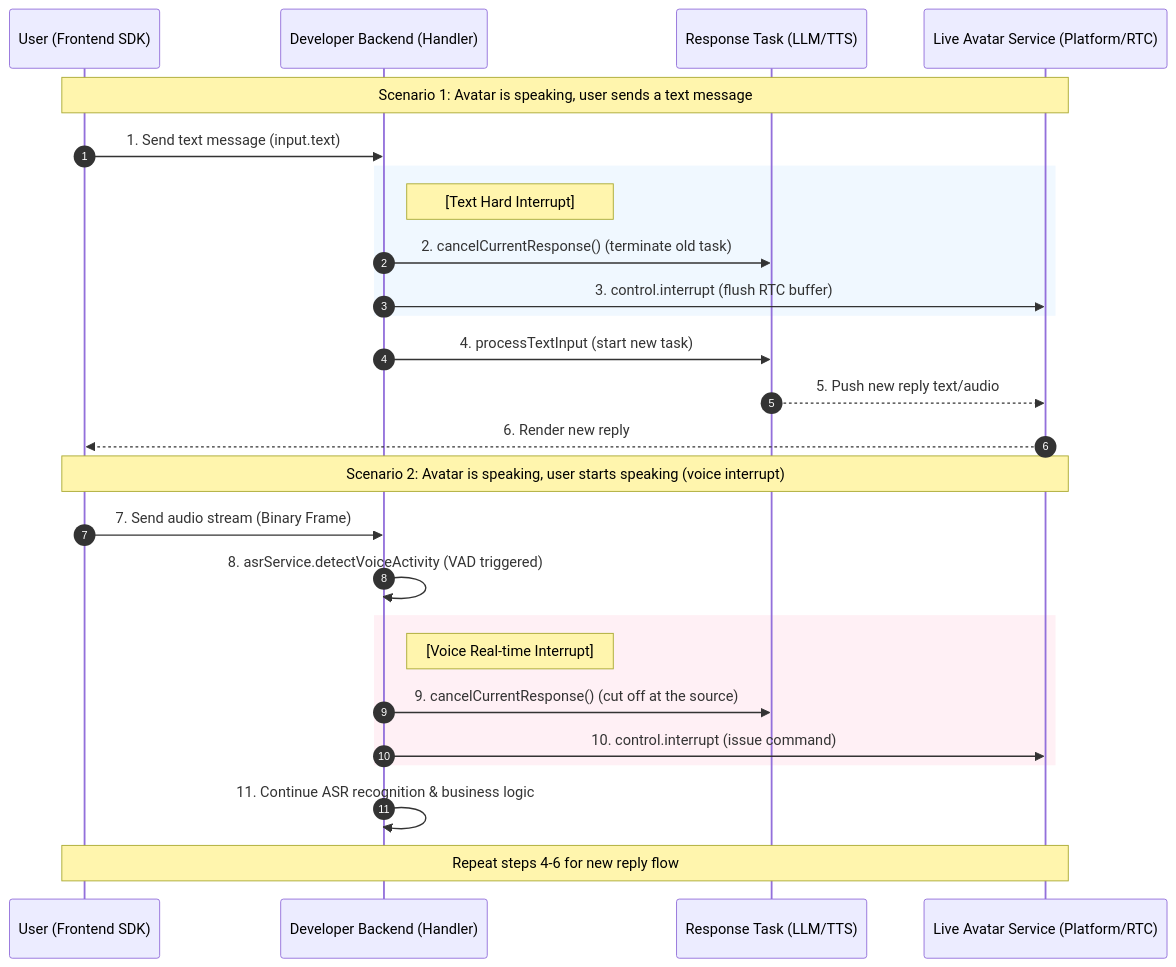
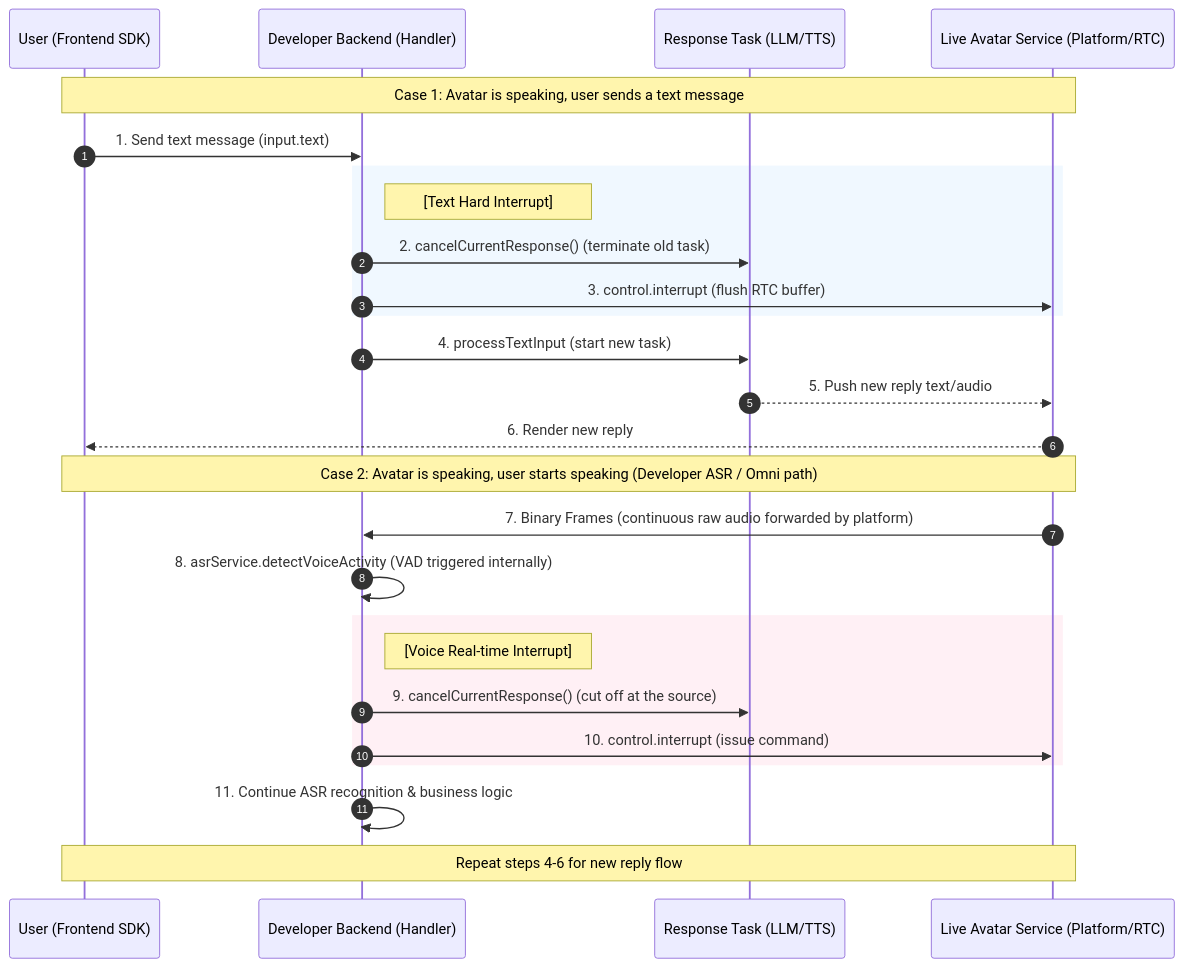
One commit to newportAI-lab/liveavatar-channel changed the third of 3 diagrams in PROTOCOL.md. Above: the diagram before and after it, drawn with Mermaid. The commit also changed other lines of this file and 13 other files, not shown here.

````diff
--- a/PROTOCOL.md
+++ b/PROTOCOL.md
@@ -366,35 +380,35 @@
 ```mermaid
 sequenceDiagram
     autonumber
     participant User as User (Frontend SDK)
     participant AppServer as Developer Backend (Handler)
     participant Task as Response Task (LLM/TTS)
     participant Avatar as Live Avatar Service (Platform/RTC)
 
-    Note over User, Avatar: Scenario 1: Avatar is speaking, user sends a text message
+    Note over User, Avatar: Case 1: Avatar is speaking, user sends a text message
     User->>AppServer: 1. Send text message (input.text)
 
     rect rgb(240, 248, 255)
         Note right of AppServer: [Text Hard Interrupt]
         AppServer->>Task: 2. cancelCurrentResponse() (terminate old task)
         AppServer->>Avatar: 3. control.interrupt (flush RTC buffer)
     end
 
     AppServer->>Task: 4. processTextInput (start new task)
     Task-->>Avatar: 5. Push new reply text/audio
     Avatar-->>User: 6. Render new reply
 
-    Note over User, Avatar: Scenario 2: Avatar is speaking, user starts speaking (voice interrupt)
-    User->>AppServer: 7. Send audio stream (Binary Frame)
+    Note over User, Avatar: Case 2: Avatar is speaking, user starts speaking (Developer ASR / Omni path)
+    Avatar->>AppServer: 7. Binary Frames (continuous raw audio forwarded by platform)
 
-    AppServer->>AppServer: 8. asrService.detectVoiceActivity (VAD triggered)
+    AppServer->>AppServer: 8. asrService.detectVoiceActivity (VAD triggered internally)
 
     rect rgb(255, 240, 245)
         Note right of AppServer: [Voice Real-time Interrupt]
         AppServer->>Task: 9. cancelCurrentResponse() (cut off at the source)
         AppServer->>Avatar: 10. control.interrupt (issue command)
     end
 
     AppServer->>AppServer: 11. Continue ASR recognition & business logic
     Note over User, Avatar: Repeat steps 4-6 for new reply flow
 ```
````
